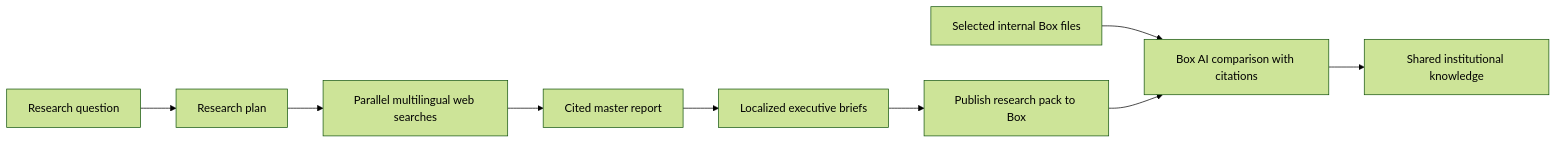
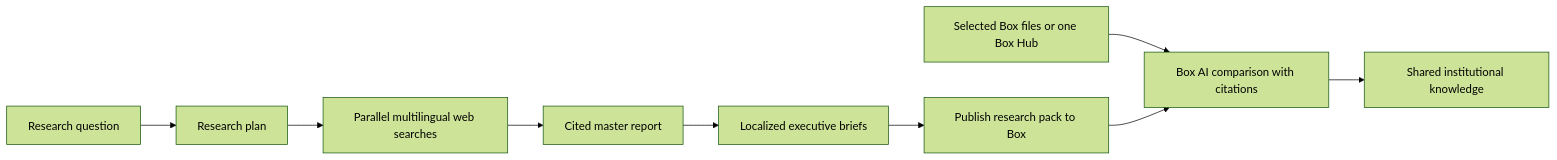
One commit to box-community/box-temporal-openai-agent changed the diagram in README.md. Above: the diagram before and after it, drawn with Mermaid (forest theme). The commit also changed other lines of this file and 11 other files, not shown here.

````diff
--- a/README.md
+++ b/README.md
@@ -20,11 +21,11 @@
 ```mermaid
 flowchart LR
     Q["Research question"] --> P["Research plan"]
     P --> S["Parallel multilingual web searches"]
     S --> R["Cited master report"]
     R --> L["Localized executive briefs"]
     L --> B["Publish research pack to Box"]
-    I["Selected internal Box files"] --> A["Box AI comparison with citations"]
+    I["Selected Box files or one Box Hub"] --> A["Box AI comparison with citations"]
     B --> A
     A --> D["Shared institutional knowledge"]
 ```
````
